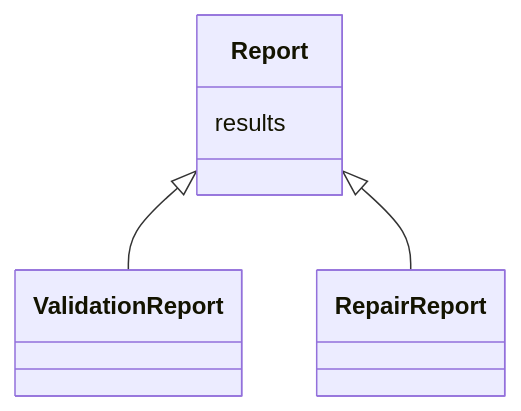
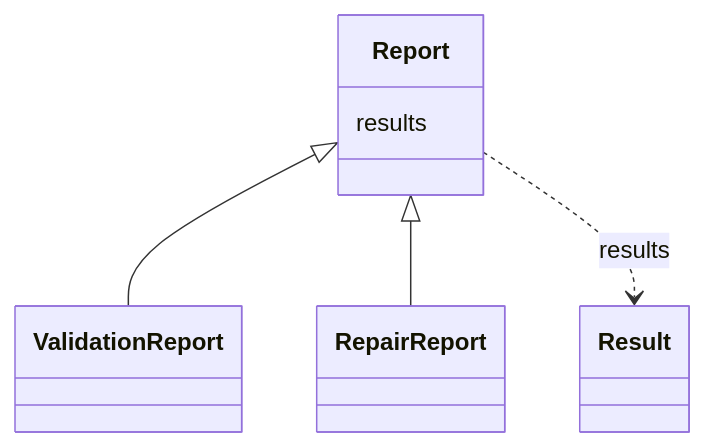
The diagram in validation/Report.md (INCATools/ontology-access-kit), drawn with Mermaid before and after one commit. The commit also changed 1783 other files, not shown here.

````diff
--- a/validation/Report.md
+++ b/validation/Report.md
@@ -13,9 +13,12 @@
 ```{mermaid}
  classDiagram
     class Report
       Report <|-- ValidationReport
       Report <|-- RepairReport
       
       Report : results
+        
+          Report ..> Result : results
+        
       
 ```
````
